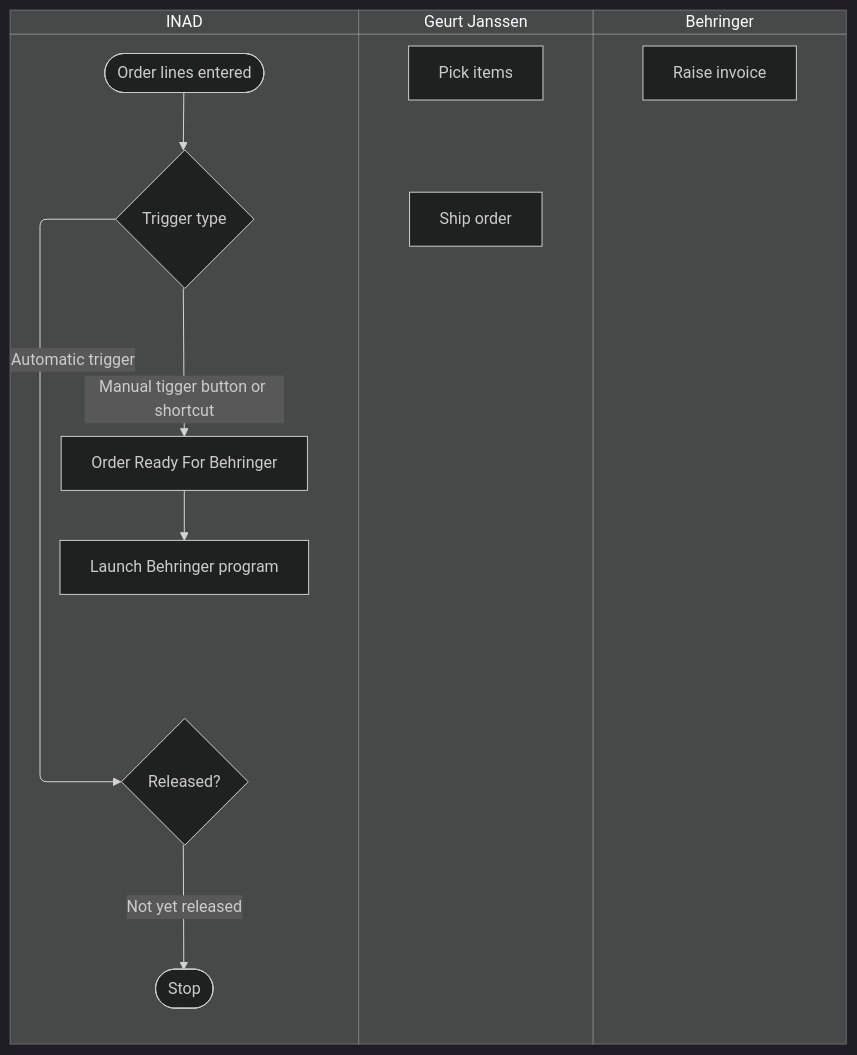
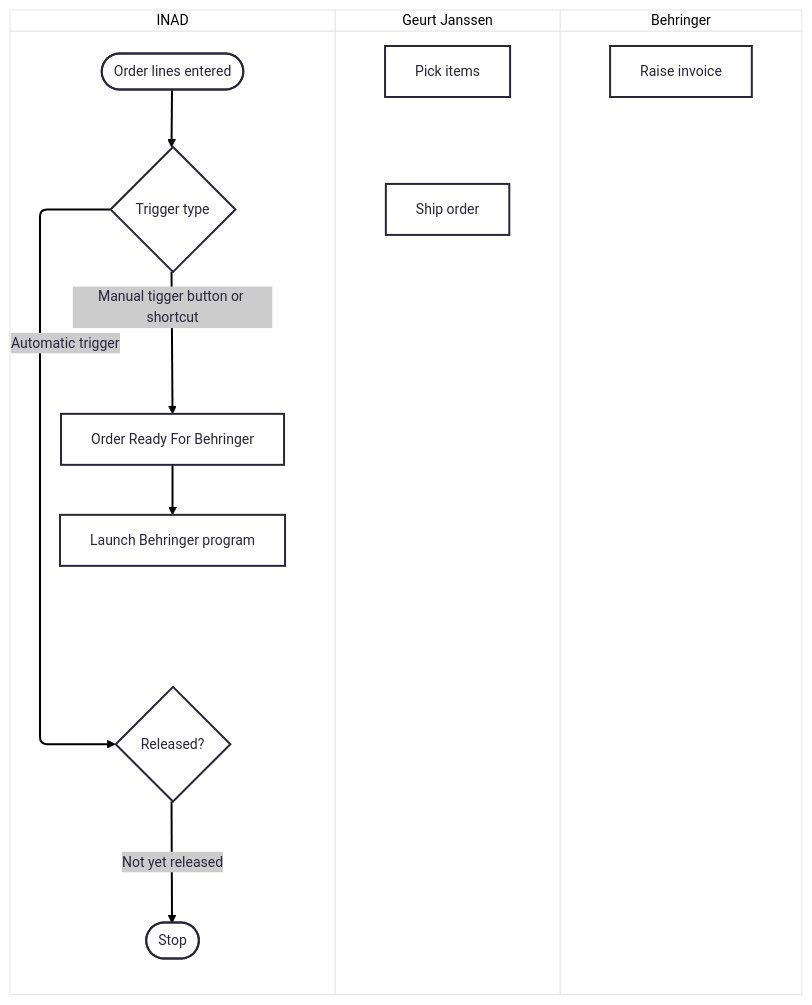
One commit to tmloosbr/inadbehringer changed the diagram in README.md. Above: the diagram before and after it, drawn with Mermaid.

````diff
--- a/README.md
+++ b/README.md
@@ -3,29 +3,29 @@
 ```mermaid
 ---
 config:
-  theme: dark
+  theme: redux-color
 ---
 
 
 swimlane-beta TB
   subgraph INAD
     OrderLinesEntered([Order lines entered])
     TriggerType{Trigger type}
 Released{Released?}
 OrderReadyForBehringer[Order Ready For Behringer]
 LaunchBehringerProgram[Launch Behringer program]
 Stop([Stop])
   end
   subgraph Geurt Janssen
     Pick[Pick items]
     Ship[Ship order]
   end
   subgraph Behringer
     Invoice[Raise invoice]
   end
 OrderLinesEntered --> TriggerType
 TriggerType --> |Automatic trigger| Released
 TriggerType --> |Manual tigger button or shortcut| OrderReadyForBehringer
 Released --> |Not yet released| Stop 
 OrderReadyForBehringer --> LaunchBehringerProgram
 ```
````
